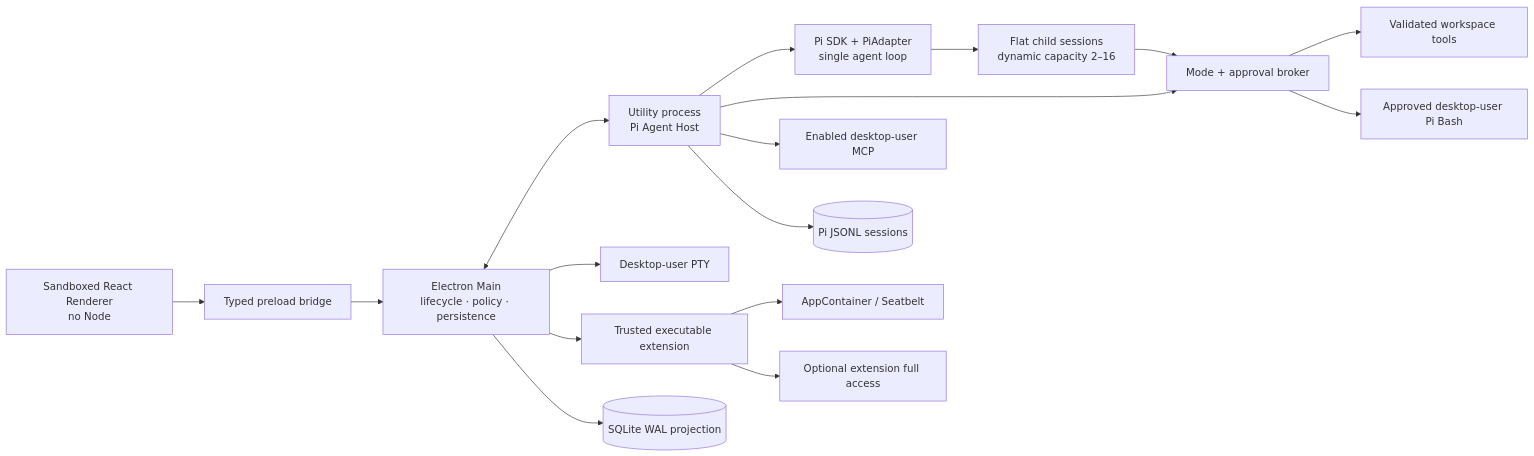
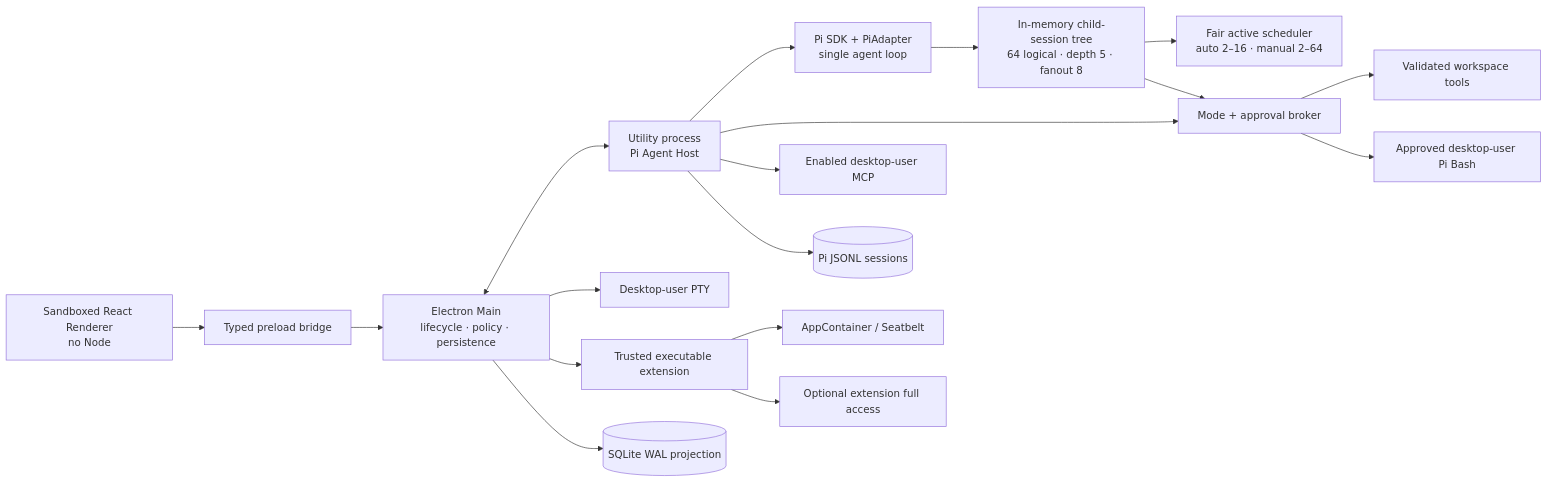
Before and after one commit to EurekaRaider/Artemis: the diagram in docs/architecture.md, drawn with Mermaid. The commit also changed other lines of this file and 53 other files, not shown here.

````diff
--- a/docs/architecture.md
+++ b/docs/architecture.md
@@ -5,19 +5,20 @@
 ```mermaid
 flowchart LR
   R["Sandboxed React Renderer<br/>no Node"] --> P["Typed preload bridge"]
   P --> M["Electron Main<br/>lifecycle · policy · persistence"]
   M <--> A["Utility process<br/>Pi Agent Host"]
   A --> PI["Pi SDK + PiAdapter<br/>single agent loop"]
-  PI --> C["Flat child sessions<br/>dynamic capacity 2–16"]
+  PI --> C["In-memory child-session tree<br/>64 logical · depth 5 · fanout 8"]
+  C --> Q["Fair active scheduler<br/>auto 2–16 · manual 2–64"]
   A --> B["Mode + approval broker"]
   C --> B
   B --> W["Validated workspace tools"]
   B --> H["Approved desktop-user Pi Bash"]
   A --> X["Enabled desktop-user MCP"]
   M --> T["Desktop-user PTY"]
   M --> E["Trusted executable extension"]
   E --> S["AppContainer / Seatbelt"]
   E --> F["Optional extension full access"]
   M --> D[("SQLite WAL projection")]
   A --> J[("Pi JSONL sessions")]
 ```
````
